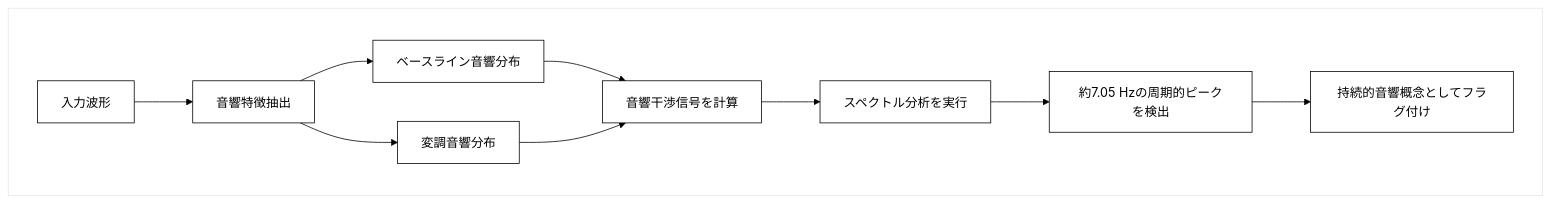
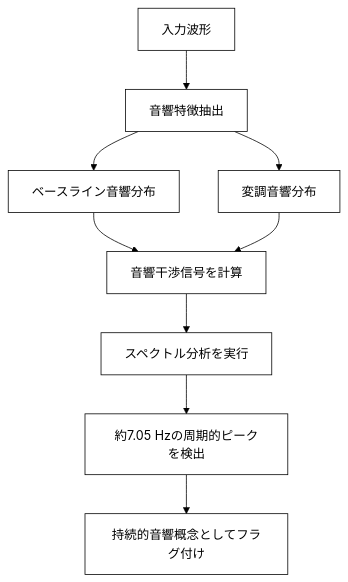
Before and after one commit to Foundup/Foundups-Agent: the sixth of 20 diagrams in WSP_knowledge/docs/Papers/Patent_Series/04_rESP_Patent_Japanese.md, drawn with Mermaid. The commit also changed other lines of this file, not shown here.

Commit message:
Fix remaining Mermaid diagrams - Remove all subgraphs and syntax errors

````diff
--- a/WSP_knowledge/docs/Papers/Patent_Series/04_rESP_Patent_Japanese.md
+++ b/WSP_knowledge/docs/Papers/Patent_Series/04_rESP_Patent_Japanese.md
@@ -330,13 +326,12 @@
 ```mermaid
 %%{init: {'theme':'base', 'themeVariables': {'primaryColor': '#ffffff', 'primaryTextColor': '#000000', 'primaryBorderColor': '#000000', 'lineColor': '#000000', 'secondaryColor': '#ffffff', 'tertiaryColor': '#ffffff'}}}%%
 graph TD
-    subgraph " "
-        A["入力波形"] --> B["音響特徴抽出"]
-        B --> C["ベースライン音響分布"]
-        B --> D["変調音響分布"]
-        C & D --> E["音響干渉信号を計算"]
-        E --> F["スペクトル分析を実行"]
-        F --> G["約7.05 Hzの周期的ピークを検出"]
-        G --> H["持続的音響概念としてフラグ付け"]
-    end
+    A["入力波形"] --> B["音響特徴抽出"]
+    B --> C["ベースライン音響分布"]
+    B --> D["変調音響分布"]
+    C --> E["音響干渉信号を計算"]
+    D --> E
+    E --> F["スペクトル分析を実行"]
+    F --> G["約7.05 Hzの周期的ピークを検出"]
+    G --> H["持続的音響概念としてフラグ付け"]
 ```
````
